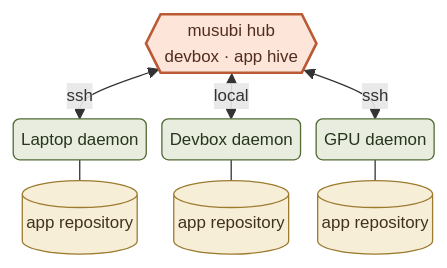
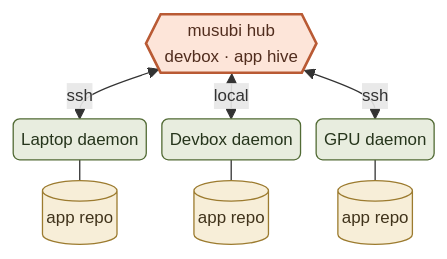
One commit to bos/jj-musubi changed the diagram in docs/how-it-works.md. Above: the diagram before and after it, drawn with Mermaid. The commit also changed other lines of this file and 22 other files, not shown here.

````diff
--- a/docs/how-it-works.md
+++ b/docs/how-it-works.md
@@ -33,37 +11,37 @@
 ```mermaid
 ---
 config:
   flowchart:
     nodeSpacing: 12
     rankSpacing: 16
     padding: 6
     diagramPadding: 4
     useMaxWidth: false
   themeVariables:
     fontSize: 13px
 ---
 flowchart TB
   accTitle: One hive, three machines
   accDescr {
     A hub on the devbox exchanges app's history with daemons on the laptop, devbox, and GPU.
     Each daemon keeps that machine's own jj repository in sync.
   }
   H{{"musubi hub<br/>devbox · app hive"}}:::hub
   L("Laptop daemon"):::daemon
   D("Devbox daemon"):::daemon
   G("GPU daemon"):::daemon
-  LR[("app repository")]:::repository
-  DR[("app repository")]:::repository
-  GR[("app repository")]:::repository
+  LR[("app repo")]:::repository
+  DR[("app repo")]:::repository
+  GR[("app repo")]:::repository
 
   H <-->|ssh| L
   H <-->|local| D
   H <-->|ssh| G
   L --- LR
   D --- DR
   G --- GR
 
   classDef hub fill:#fde5d9,stroke:#b95a34,color:#512d1e,stroke-width:2px
   classDef daemon fill:#e8eddf,stroke:#526b35,color:#26351c
   classDef repository fill:#f7eed8,stroke:#9c7b2f,color:#40331b
 ```
````
